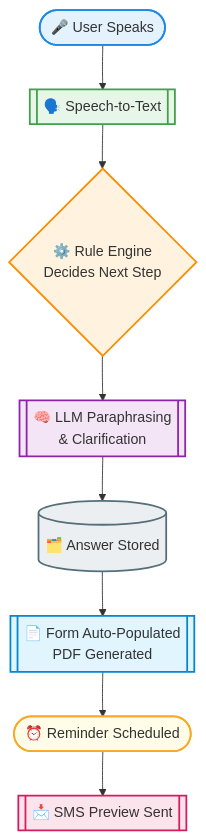
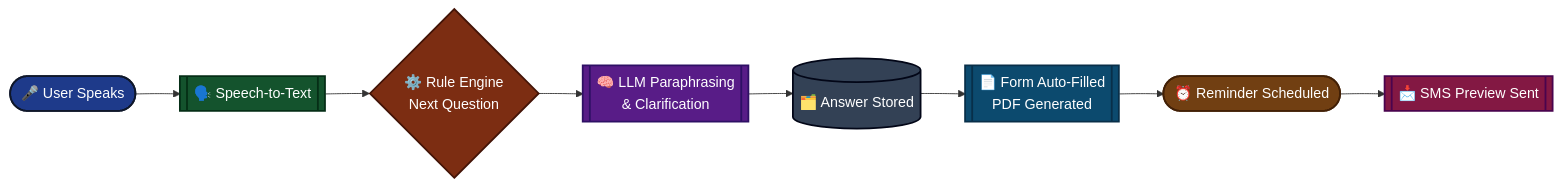
Before and after one commit to advitiya993/React_quiz: the diagram in README.md, drawn with Mermaid.

````diff
--- a/README.md
+++ b/README.md
@@ -31,21 +31,21 @@
 ```mermaid
-
-flowchart TD
+flowchart LR
     A([🎤 User Speaks]):::user --> B[[🗣️ Speech-to-Text]]:::media
-    B --> C{⚙️ Rule Engine<br/>Decides Next Step}:::logic
+    B --> C{⚙️ Rule Engine<br/>Next Question}:::logic
     C --> D[[🧠 LLM Paraphrasing<br/>& Clarification]]:::llm
     D --> E[(🗂️ Answer Stored)]:::data
-    E --> F[[📄 Form Auto-Populated<br/>PDF Generated]]:::doc
+    E --> F[[📄 Form Auto-Filled<br/>PDF Generated]]:::doc
     F --> G([⏰ Reminder Scheduled]):::schedule
     G --> H[[📩 SMS Preview Sent]]:::notify
 
-    classDef user fill:#E3F2FD,stroke:#1E88E5,stroke-width:2px;
-    classDef media fill:#E8F5E9,stroke:#43A047,stroke-width:2px;
-    classDef logic fill:#FFF3E0,stroke:#FB8C00,stroke-width:2px;
-    classDef llm fill:#F3E5F5,stroke:#8E24AA,stroke-width:2px;
-    classDef data fill:#ECEFF1,stroke:#546E7A,stroke-width:2px;
-    classDef doc fill:#E1F5FE,stroke:#0288D1,stroke-width:2px;
-    classDef schedule fill:#FFFDE7,stroke:#F9A825,stroke-width:2px;
-    classDef notify fill:#FCE4EC,stroke:#D81B60,stroke-width:2px;
+    classDef user fill:#1E3A8A,stroke:#0F172A,stroke-width:2px,color:#FFFFFF;
+    classDef media fill:#14532D,stroke:#052E16,stroke-width:2px,color:#FFFFFF;
+    classDef logic fill:#7C2D12,stroke:#431407,stroke-width:2px,color:#FFFFFF;
+    classDef llm fill:#581C87,stroke:#2E1065,stroke-width:2px,color:#FFFFFF;
+    classDef data fill:#334155,stroke:#020617,stroke-width:2px,color:#FFFFFF;
+    classDef doc fill:#0C4A6E,stroke:#082F49,stroke-width:2px,color:#FFFFFF;
+    classDef schedule fill:#713F12,stroke:#422006,stroke-width:2px,color:#FFFFFF;
+    classDef notify fill:#831843,stroke:#4A044E,stroke-width:2px,color:#FFFFFF;
+
 
 ```
````
